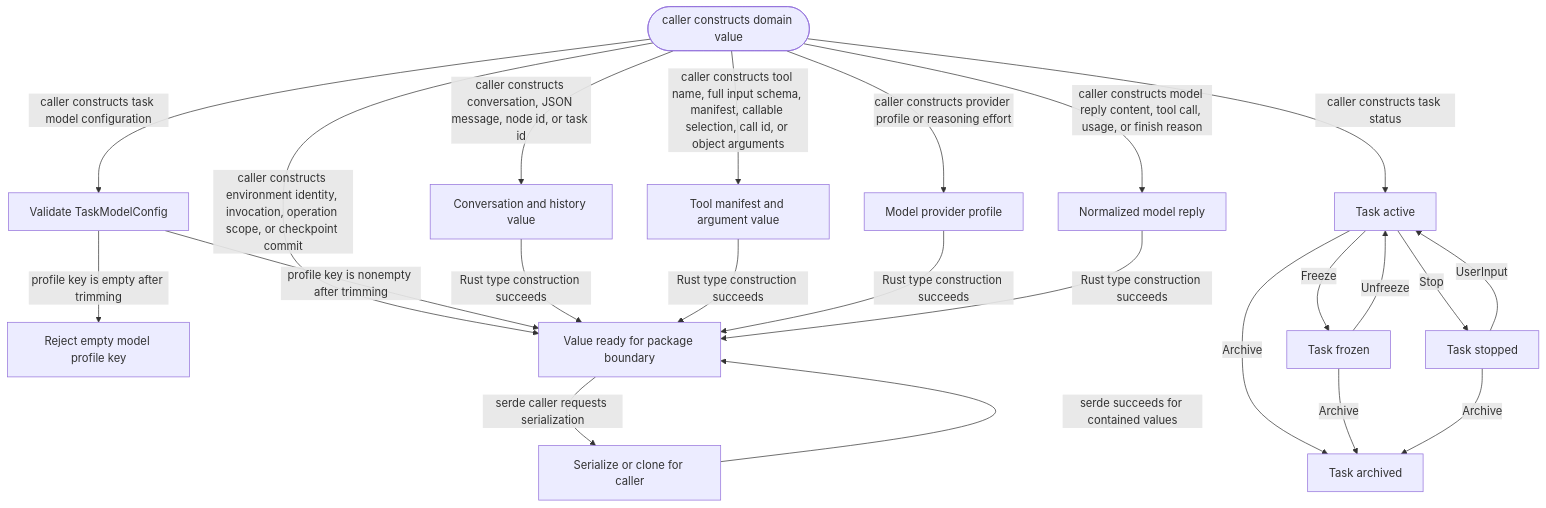
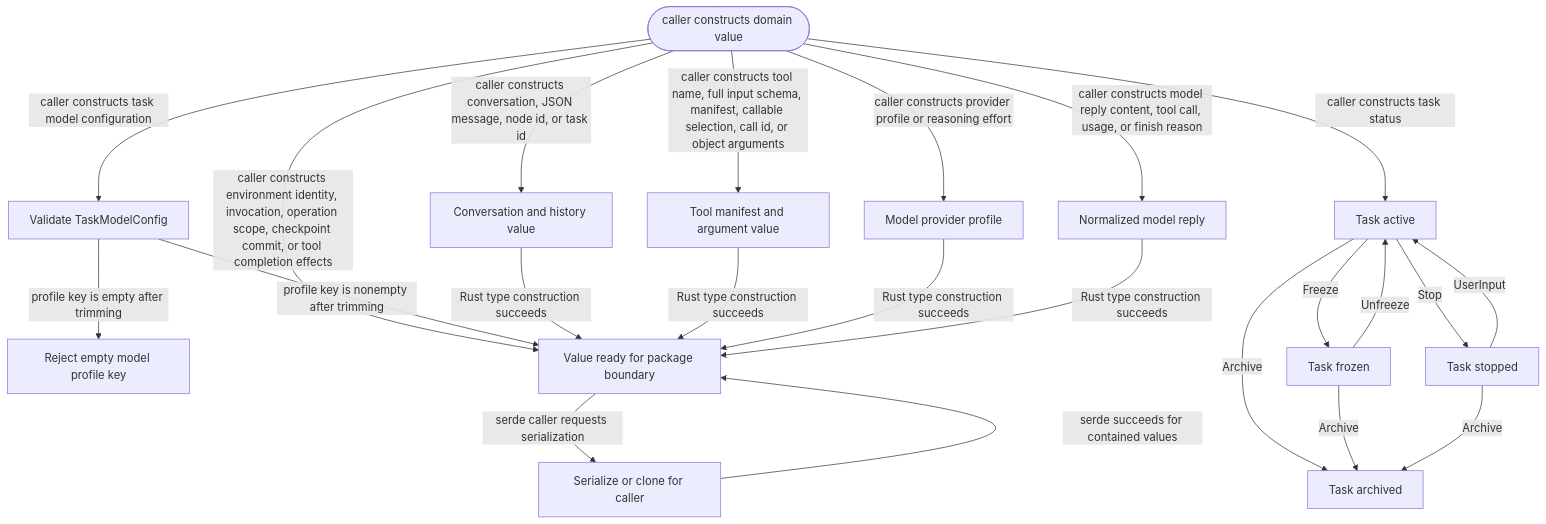
The diagram in crates/domain-model/README.md (JiaJunDeng5930/Selvedge), drawn with Mermaid before and after one commit. The commit also changed other lines of this file and 25 other files, not shown here.

````diff
--- a/crates/domain-model/README.md
+++ b/crates/domain-model/README.md
@@ -34,39 +34,39 @@
 ```mermaid
 flowchart TD
   Start([caller constructs domain value])
   Conversation[Conversation and history value]
   Tool[Tool manifest and argument value]
   Provider[Model provider profile]
   Config[Validate TaskModelConfig]
   InvalidConfig[Reject empty model profile key]
   Reply[Normalized model reply]
   TaskActive[Task active]
   TaskFrozen[Task frozen]
   TaskStopped[Task stopped]
   TaskArchived[Task archived]
   Ready[Value ready for package boundary]
   Serialize[Serialize or clone for caller]
 
-  Start -->|caller constructs environment identity, invocation, operation scope, or checkpoint commit| Ready
+  Start -->|caller constructs environment identity, invocation, operation scope, checkpoint commit, or tool completion effects| Ready
   Start -->|caller constructs conversation, JSON message, node id, or task id| Conversation
   Start -->|caller constructs tool name, full input schema, manifest, callable selection, call id, or object arguments| Tool
   Start -->|caller constructs provider profile or reasoning effort| Provider
   Start -->|caller constructs model reply content, tool call, usage, or finish reason| Reply
   Start -->|caller constructs task model configuration| Config
   Config -->|profile key is nonempty after trimming| Ready
   Config -->|profile key is empty after trimming| InvalidConfig
   Start -->|caller constructs task status| TaskActive
   Conversation -->|Rust type construction succeeds| Ready
   Tool -->|Rust type construction succeeds| Ready
   Provider -->|Rust type construction succeeds| Ready
   Reply -->|Rust type construction succeeds| Ready
   TaskActive -->|Freeze| TaskFrozen
   TaskFrozen -->|Unfreeze| TaskActive
   TaskActive -->|Stop| TaskStopped
   TaskStopped -->|UserInput| TaskActive
   TaskActive -->|Archive| TaskArchived
   TaskFrozen -->|Archive| TaskArchived
   TaskStopped -->|Archive| TaskArchived
   Ready -->|serde caller requests serialization| Serialize
   Serialize -->|serde succeeds for contained values| Ready
 ```
````
